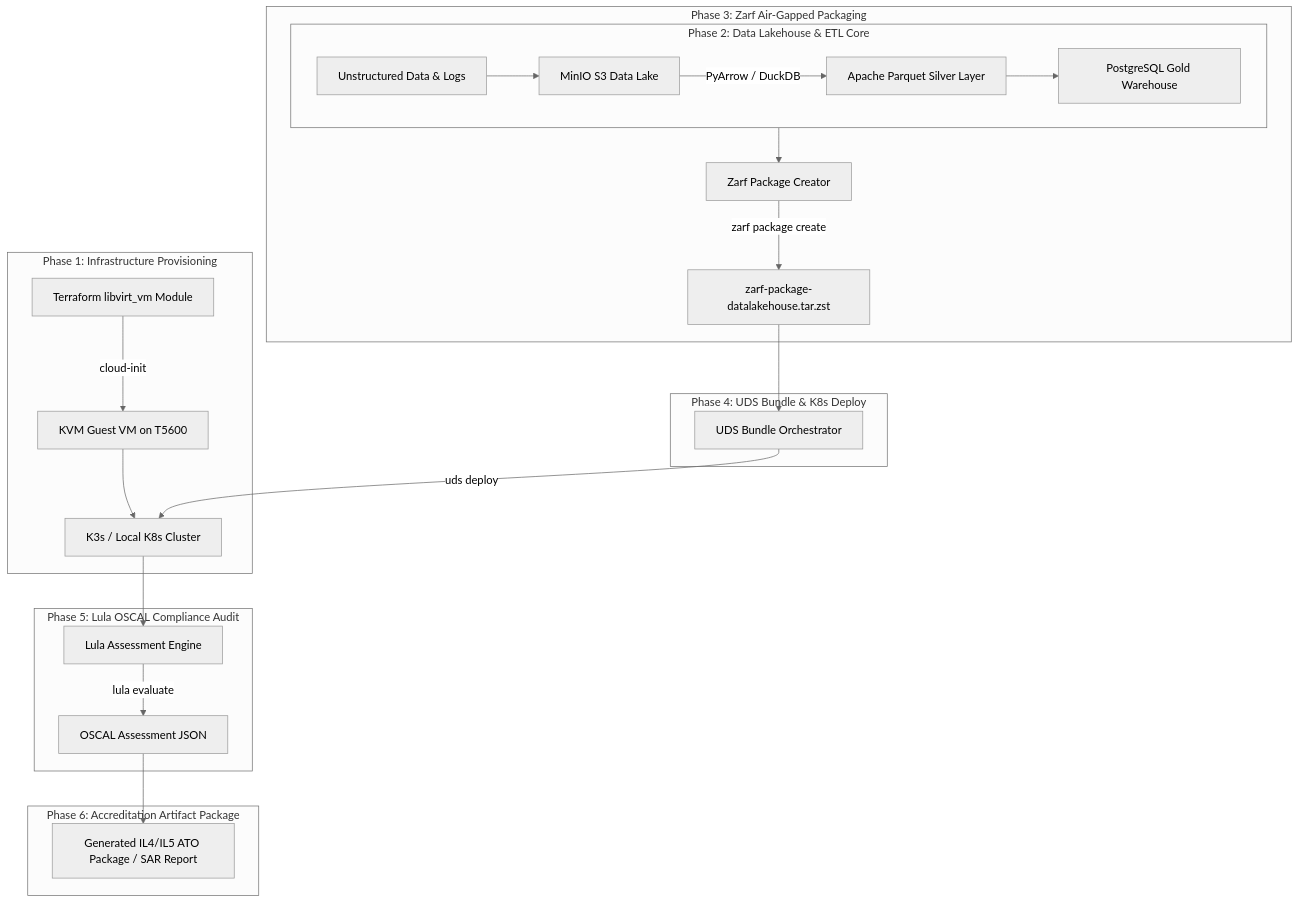
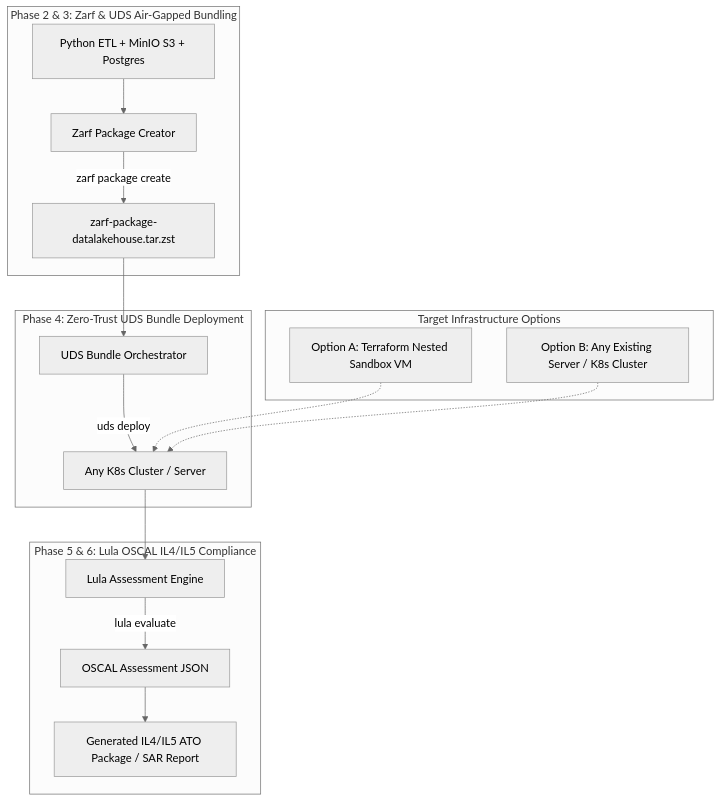
Before and after one commit to celttechie/zarf-uds-lula-datalakehouse: the diagram in README.md, drawn with Mermaid (neutral theme). The commit also changed other lines of this file and 12 other files, not shown here.

Commit message:
docs: update architecture, master plan, and ADRs for two-stage nested sandbox and infrastructure agnostic design

````diff
--- a/README.md
+++ b/README.md
@@ -11,32 +13,25 @@
 ```mermaid
 flowchart TD
-    subgraph P1 ["Phase 1: Infrastructure Provisioning"]
-        TF[Terraform libvirt_vm Module] -->|cloud-init| VM[KVM Guest VM on T5600]
-        VM --> K3S[K3s / Local K8s Cluster]
+    subgraph TargetEnv ["Target Infrastructure Options"]
+        OPT_A[Option A: Terraform Nested Sandbox VM]
+        OPT_B[Option B: Any Existing Server / K8s Cluster]
     end
 
-    subgraph P2 ["Phase 2: Data Lakehouse & ETL Core"]
-        RAW[Unstructured Data & Logs] --> MINIO[MinIO S3 Data Lake]
-        MINIO -->|PyArrow / DuckDB| PARQUET[Apache Parquet Silver Layer]
-        PARQUET --> PG[PostgreSQL Gold Warehouse]
-    end
-
-    subgraph P3 ["Phase 3: Zarf Air-Gapped Packaging"]
-        P2 --> ZARF[Zarf Package Creator]
+    subgraph Packaging ["Phase 2 & 3: Zarf & UDS Air-Gapped Bundling"]
+        APP[Python ETL + MinIO S3 + Postgres] --> ZARF[Zarf Package Creator]
         ZARF -->|zarf package create| TAR[zarf-package-datalakehouse.tar.zst]
     end
 
-    subgraph P4 ["Phase 4: UDS Bundle & K8s Deploy"]
+    subgraph Deployment ["Phase 4: Zero-Trust UDS Bundle Deployment"]
         TAR --> UDS[UDS Bundle Orchestrator]
-        UDS -->|uds deploy| K3S
+        UDS -->|uds deploy| K3S[Any K8s Cluster / Server]
+        OPT_A -.-> K3S
+        OPT_B -.-> K3S
     end
 
-    subgraph P5 ["Phase 5: Lula OSCAL Compliance Audit"]
+    subgraph Accreditation ["Phase 5 & 6: Lula OSCAL IL4/IL5 Compliance"]
         K3S --> LULA[Lula Assessment Engine]
         LULA -->|lula evaluate| OSCAL[OSCAL Assessment JSON]
-    end
-
-    subgraph P6 ["Phase 6: Accreditation Artifact Package"]
         OSCAL --> REPORT[Generated IL4/IL5 ATO Package / SAR Report]
     end
 ```
````
